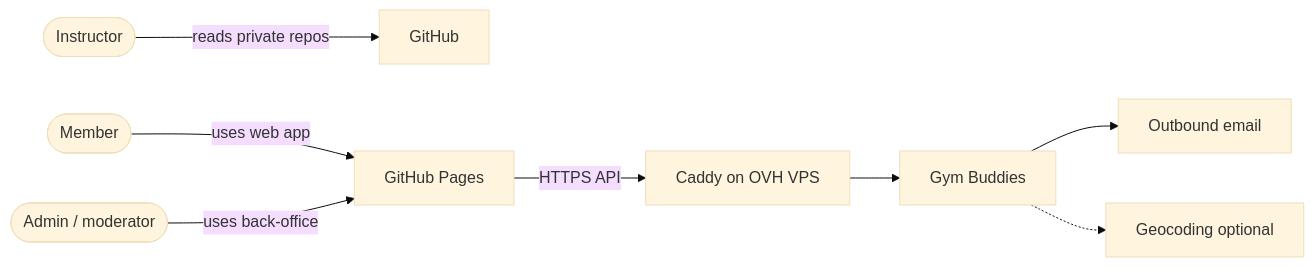
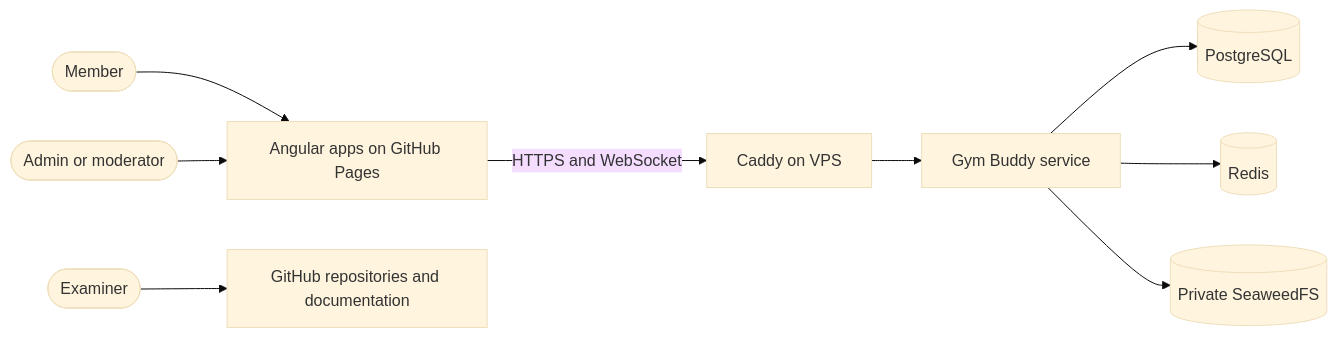
Before and after one commit to Projet-de-compensation-2025-2026/gym-buddy-documentation: the diagram in 20-Architecture/02-System-context.md, drawn with Mermaid (base theme). The commit also changed other lines of this file and 85 other files, not shown here.

````diff
--- a/20-Architecture/02-System-context.md
+++ b/20-Architecture/02-System-context.md
@@ -10,22 +3,11 @@
 ```mermaid
 flowchart LR
-  member([Member])
-  staff([Admin / moderator])
-  instructor([Instructor])
-
-  gb[Gym Buddies]
-  caddy[Caddy on OVH VPS]
-
-  email[Outbound email]
-  geo[Geocoding optional]
-  gh[GitHub]
-  pages[GitHub Pages]
-
-  member -->|uses web app| pages
-  pages -->|HTTPS API| caddy
-  caddy --> gb
-  staff -->|uses back-office| pages
-  gb --> email
-  gb -.-> geo
-  instructor -->|reads private repos| gh
+  member([Member]) --> pages[Angular apps on GitHub Pages]
+  staff([Admin or moderator]) --> pages
+  pages -->|HTTPS and WebSocket| caddy[Caddy on VPS]
+  caddy --> app[Gym Buddy service]
+  app --> db[(PostgreSQL)]
+  app --> redis[(Redis)]
+  app --> media[(Private SeaweedFS)]
+  examiner([Examiner]) --> github[GitHub repositories and documentation]
 ```
````
